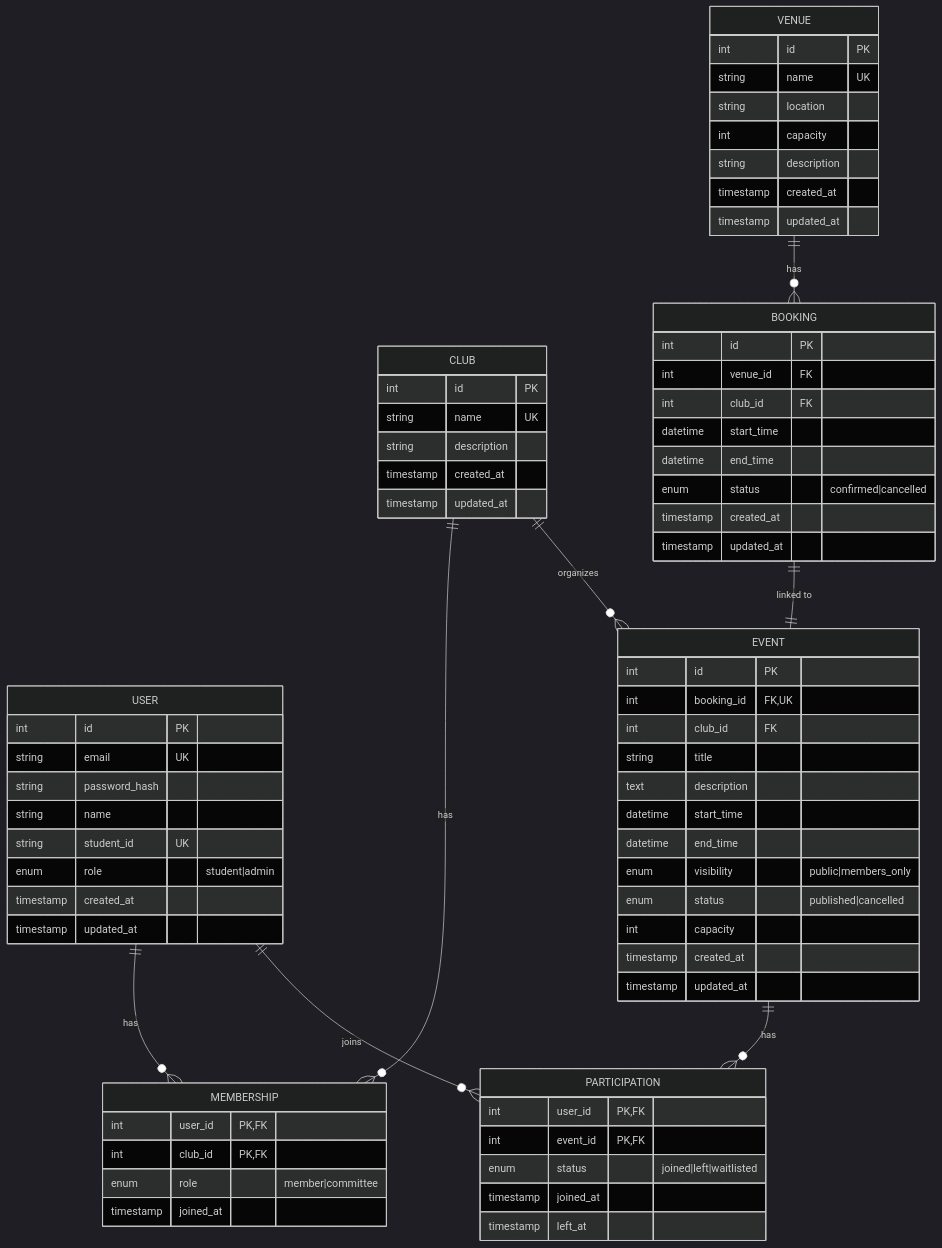
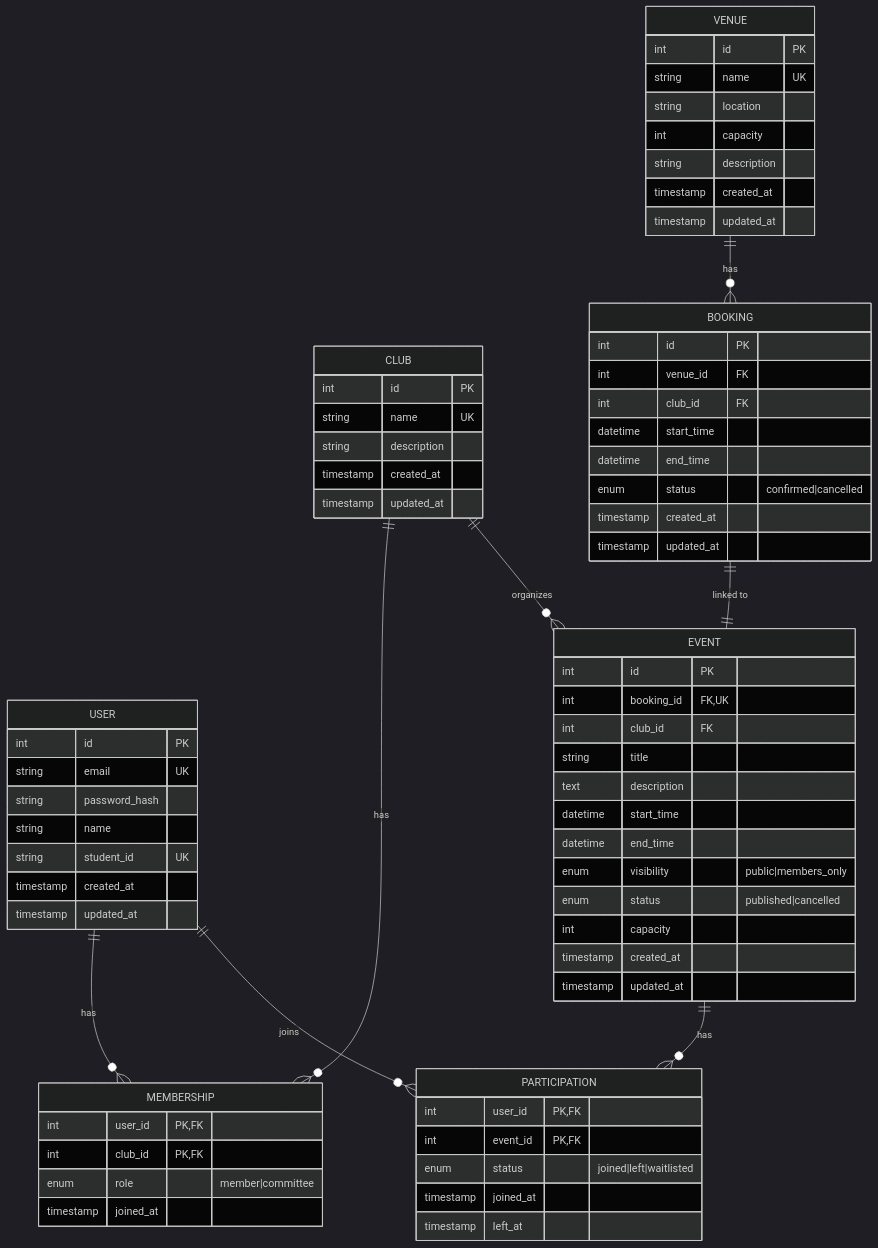
One commit to LunarTear1014/COMP3322-Project changed the diagram in ARCHITECTURE.md. Above: the diagram before and after it, drawn with Mermaid (dark theme). The commit also changed 2 other files, not shown here.

Commit message:
refactor(db): remove admin role from users

````diff
--- a/ARCHITECTURE.md
+++ b/ARCHITECTURE.md
@@ -5,80 +5,79 @@
 ```mermaid
 erDiagram
     USER ||--o{ MEMBERSHIP : "has"
     CLUB ||--o{ MEMBERSHIP : "has"
     CLUB ||--o{ EVENT : "organizes"
     VENUE ||--o{ BOOKING : "has"
     BOOKING ||--|| EVENT : "linked to"
     USER ||--o{ PARTICIPATION : "joins"
     EVENT ||--o{ PARTICIPATION : "has"
 
     USER {
         int id PK
         string email UK
         string password_hash
         string name
         string student_id UK
-        enum role "student|admin"
         timestamp created_at
         timestamp updated_at
     }
 
     CLUB {
         int id PK
         string name UK
         string description
         timestamp created_at
         timestamp updated_at
     }
 
     MEMBERSHIP {
         int user_id PK,FK
         int club_id PK,FK
         enum role "member|committee"
         timestamp joined_at
     }
 
     VENUE {
         int id PK
         string name UK
         string location
         int capacity
         string description
         timestamp created_at
         timestamp updated_at
     }
 
     BOOKING {
         int id PK
         int venue_id FK
         int club_id FK
         datetime start_time
         datetime end_time
         enum status "confirmed|cancelled"
         timestamp created_at
         timestamp updated_at
     }
 
     EVENT {
         int id PK
         int booking_id FK,UK
         int club_id FK
         string title
         text description
         datetime start_time
         datetime end_time
         enum visibility "public|members_only"
         enum status "published|cancelled"
         int capacity
         timestamp created_at
         timestamp updated_at
     }
 
     PARTICIPATION {
         int user_id PK,FK
         int event_id PK,FK
         enum status "joined|left|waitlisted"
         timestamp joined_at
         timestamp left_at
     }
 ```
````
